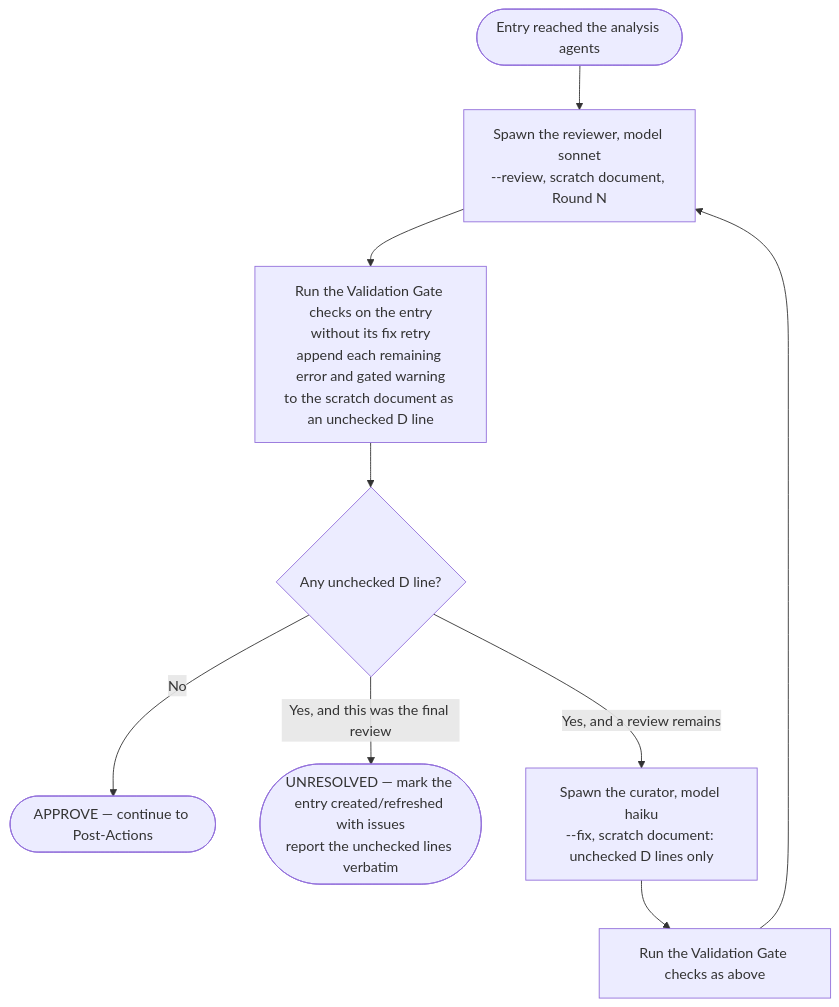
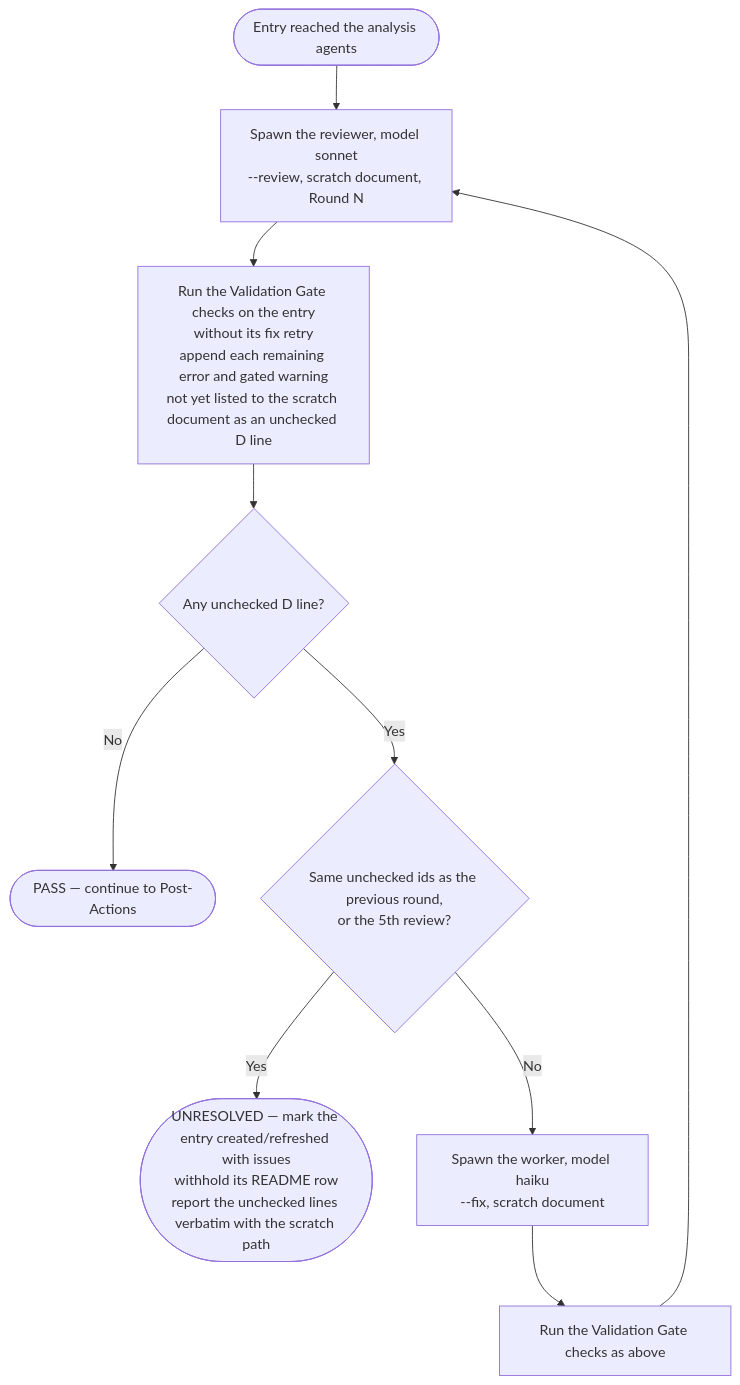
Before and after one commit to Jamie-BitFlight/claude_skills: the fourth of 4 diagrams in .claude/skills/research-curator/SKILL.md, drawn with Mermaid. The commit also changed other lines of this file and 2 other files, not shown here.

First line of the commit message:
feat(research-curator): loop Entry Review between reviewer and haiku worker until the reviewer passes

````diff
--- a/.claude/skills/research-curator/SKILL.md
+++ b/.claude/skills/research-curator/SKILL.md
@@ -285,11 +289,12 @@
 ```mermaid
 flowchart TD
     Start(["Entry reached the analysis agents"]) --> Review["Spawn the reviewer, model sonnet<br>--review, scratch document, Round N"]
-    Review --> Gate["Run the Validation Gate checks on the entry<br>without its fix retry<br>append each remaining error and gated warning<br>to the scratch document as an unchecked D line"]
+    Review --> Gate["Run the Validation Gate checks on the entry<br>without its fix retry<br>append each remaining error and gated warning<br>not yet listed to the scratch document as an unchecked D line"]
     Gate --> Q{"Any unchecked D line?"}
-    Q -->|"No"| Approve(["APPROVE — continue to Post-Actions"])
-    Q -->|"Yes, and this was the final review"| Unresolved(["UNRESOLVED — mark the entry created/refreshed with issues<br>report the unchecked lines verbatim"])
-    Q -->|"Yes, and a review remains"| Fix["Spawn the curator, model haiku<br>--fix, scratch document: unchecked D lines only"]
+    Q -->|"No"| Pass(["PASS — continue to Post-Actions"])
+    Q -->|"Yes"| Stop{"Same unchecked ids as the previous round,<br>or the 5th review?"}
+    Stop -->|"Yes"| Unresolved(["UNRESOLVED — mark the entry created/refreshed with issues<br>withhold its README row<br>report the unchecked lines verbatim with the scratch path"])
+    Stop -->|"No"| Fix["Spawn the worker, model haiku<br>--fix, scratch document"]
     Fix --> Gate2["Run the Validation Gate checks as above"]
     Gate2 --> Review
 ```
````
